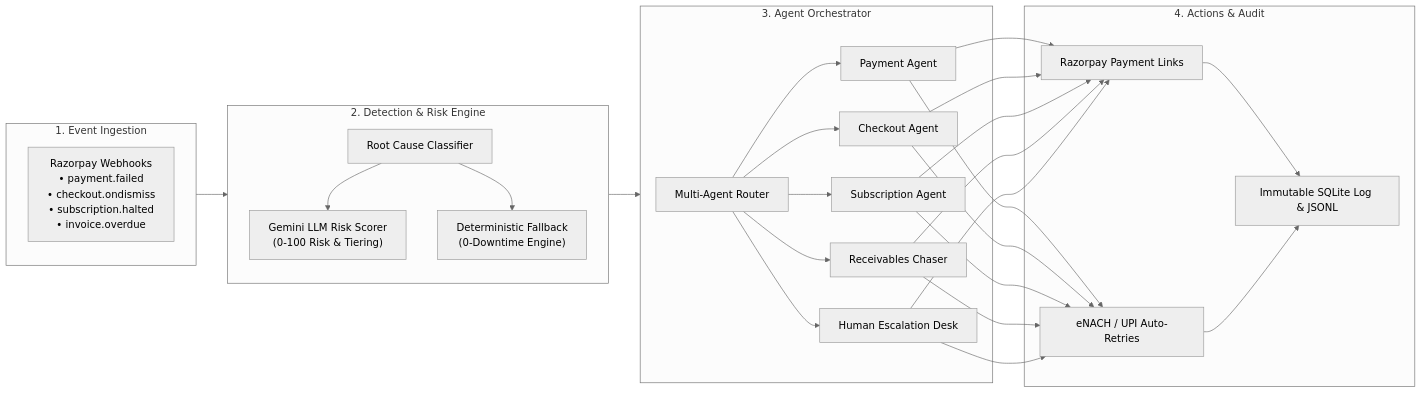
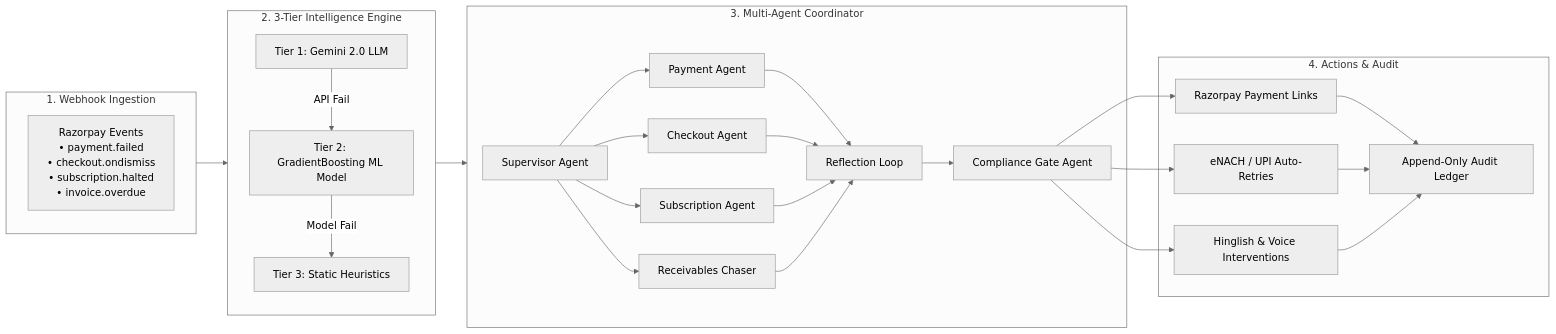
Before and after one commit to abhiraj-bambhore/Razor-RevX: the second of 2 diagrams in README.md, drawn with Mermaid (neutral theme). The commit also changed other lines of this file and 24 other files, not shown here.

Commit message:
feat(multi-agent-ml): upgrade to stateful multi-agent system, 3-tier ML fallback engine, and Hinglish voice IVR calls

````diff
--- a/README.md
+++ b/README.md
@@ -55,31 +86,33 @@
 ```mermaid
 flowchart LR
-    subgraph S1["1. Event Ingestion"]
-        E1["Razorpay Webhooks\n• payment.failed\n• checkout.ondismiss\n• subscription.halted\n• invoice.overdue"]
+    subgraph S1["1. Webhook Ingestion"]
+        E1["Razorpay Events\n• payment.failed\n• checkout.ondismiss\n• subscription.halted\n• invoice.overdue"]
     end
 
-    subgraph S2["2. Detection & Risk Engine"]
-        D1["Root Cause Classifier"]
-        D2["Gemini LLM Risk Scorer\n(0-100 Risk & Tiering)"]
-        D3["Deterministic Fallback\n(0-Downtime Engine)"]
-        D1 --> D2 & D3
+    subgraph S2["2. 3-Tier Intelligence Engine"]
+        T1["Tier 1: Gemini 2.0 LLM"]
+        T2["Tier 2: GradientBoosting ML Model"]
+        T3["Tier 3: Static Heuristics"]
+        T1 -- "API Fail" --> T2 -- "Model Fail" --> T3
     end
 
-    subgraph S3["3. Agent Orchestrator"]
-        R1["Multi-Agent Router"]
-        R1 --> A1["Payment Agent"]
-        R1 --> A2["Checkout Agent"]
-        R1 --> A3["Subscription Agent"]
-        R1 --> A4["Receivables Chaser"]
-        R1 --> A5["Human Escalation Desk"]
+    subgraph S3["3. Multi-Agent Coordinator"]
+        SUP["Supervisor Agent"]
+        SUP --> A1["Payment Agent"]
+        SUP --> A2["Checkout Agent"]
+        SUP --> A3["Subscription Agent"]
+        SUP --> A4["Receivables Chaser"]
+        A1 & A2 & A3 & A4 --> REF["Reflection Loop"]
+        REF --> COMP["Compliance Gate Agent"]
     end
 
     subgraph S4["4. Actions & Audit"]
         X1["Razorpay Payment Links"]
         X2["eNACH / UPI Auto-Retries"]
-        X3["Immutable SQLite Log & JSONL"]
+        X3["Hinglish & Voice Interventions"]
+        X4["Append-Only Audit Ledger"]
     end
 
     S1 --> S2 --> S3
-    A1 & A2 & A3 & A4 & A5 --> X1 & X2 --> X3
+    COMP --> X1 & X2 & X3 --> X4
 ```
````
